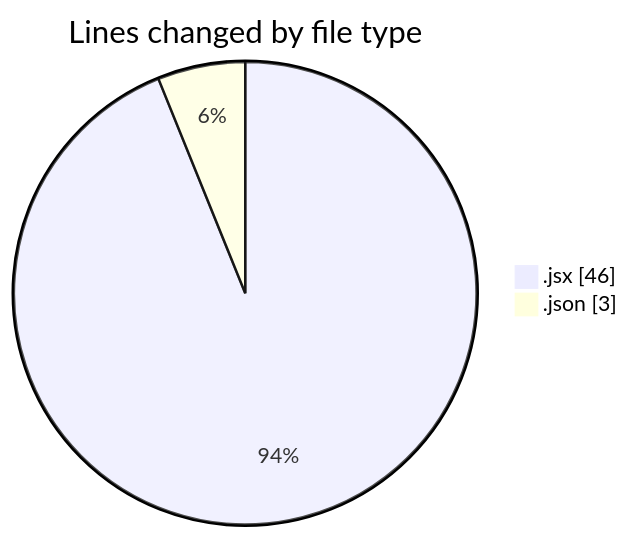
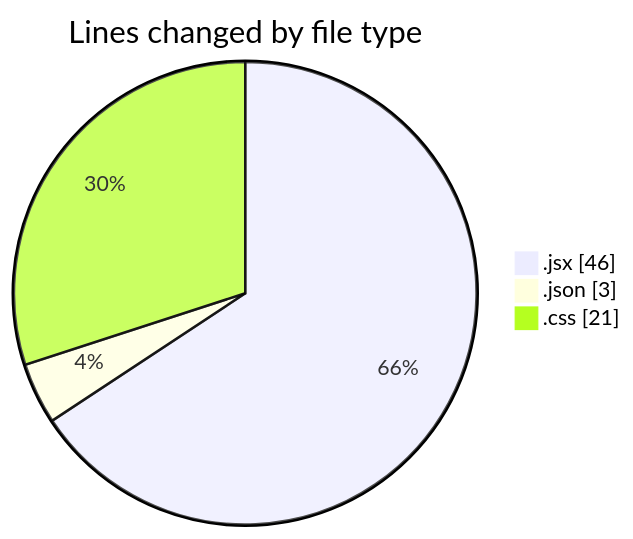
Before and after one commit to Elitesun/code-tracking: the first of 2 diagrams in 2025-01-24/react/README.md, drawn with Mermaid. The commit also changed other lines of this file and 1 other file, not shown here.

````diff
--- a/2025-01-24/react/README.md
+++ b/2025-01-24/react/README.md
@@ -22,6 +23,7 @@
 ```mermaid
 pie showData
 title Lines changed by file type
 ".jsx" : 46
 ".json" : 3
+".css" : 21
 ```
````
